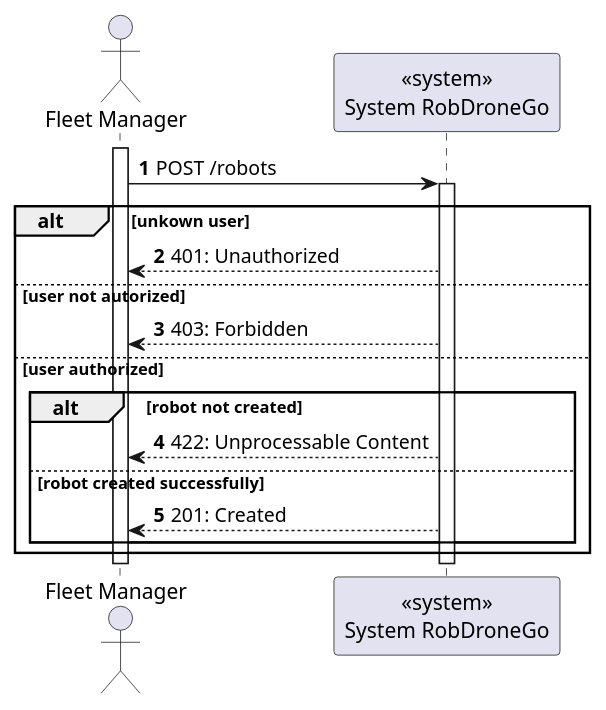
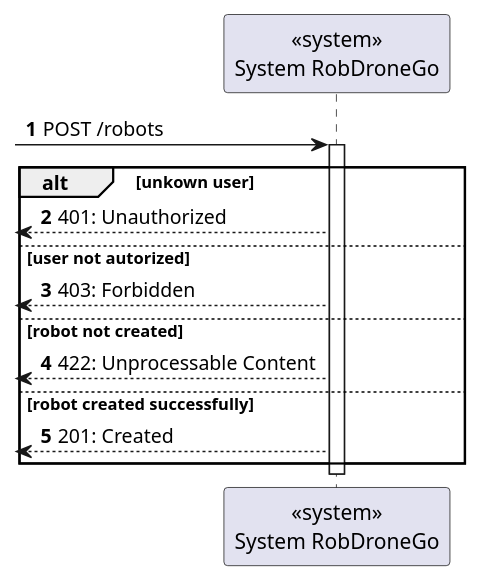
One commit to Departamento-de-Engenharia-Informatica/lapr5-23-24-g19 changed the diagram in docs/us360/level1/process-view.puml. Above: the diagram before and after it, drawn with PlantUML. The commit also changed 5 other files, not shown here.

```diff
--- a/docs/us360/level1/process-view.puml
+++ b/docs/us360/level1/process-view.puml
@@ -1,27 +1,20 @@
 @startuml
 autonumber
 
-actor "Fleet Manager" as actor
 participant "<<system>>\nSystem RobDroneGo" as sys
 
-activate actor
-    actor -> sys: POST /robots
+[-> sys: POST /robots
 
-    activate sys
+activate sys
     alt unkown user
-        sys --> actor : 401: Unauthorized
+        [<-- sys : 401: Unauthorized
     else user not autorized
-        sys --> actor : 403: Forbidden
-    else user authorized
-        alt robot not created
-            sys --> actor : 422: Unprocessable Content
-        else robot created successfully
-            sys --> actor : 201: Created
-        end
+        [<-- sys : 403: Forbidden
+    else robot not created
+        [<-- sys : 422: Unprocessable Content
+    else robot created successfully
+        [<-- sys : 201: Created
     end
-
-    deactivate sys
-deactivate actor
-
+deactivate sys
 
 @enduml
```
